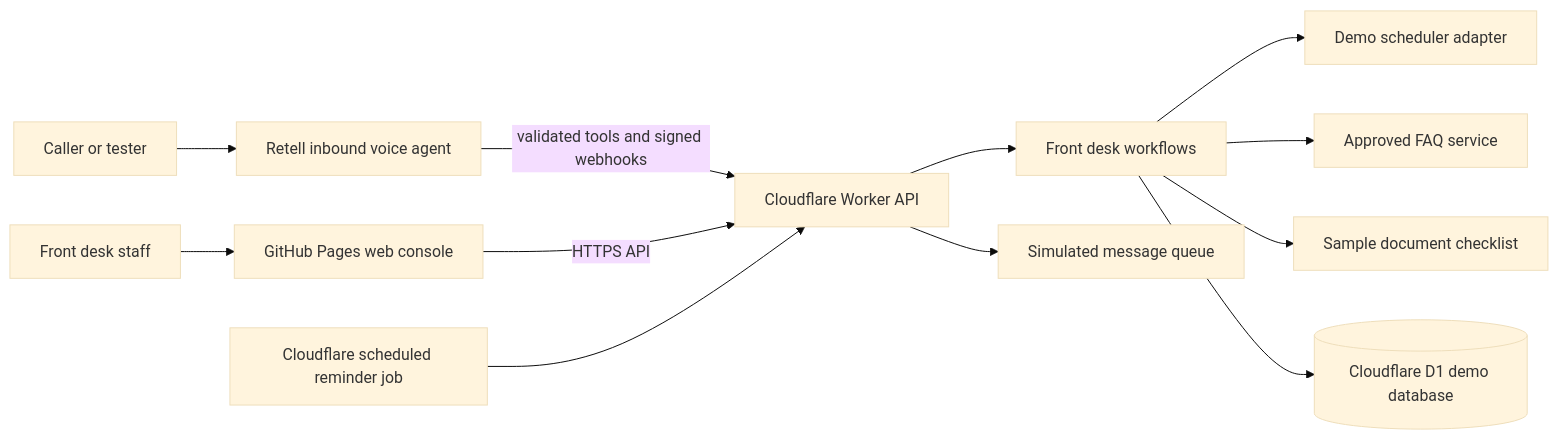
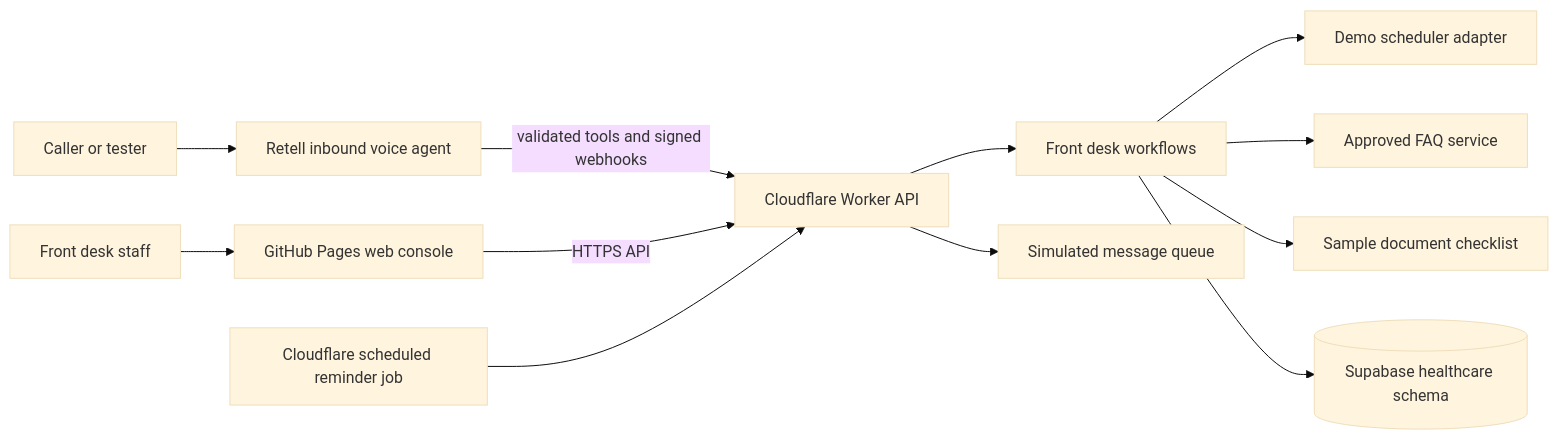
Before and after one commit to parshvak26/ai-healthcare-front-desk: the diagram in docs/ARCHITECTURE.md, drawn with Mermaid (base theme). The commit also changed other lines of this file and 13 other files, not shown here.

Commit message:
feat: align demo backend with Supabase

````diff
--- a/docs/ARCHITECTURE.md
+++ b/docs/ARCHITECTURE.md
@@ -24,14 +24,14 @@
 ```mermaid
 flowchart LR
   P[Caller or tester] --> TEL[Retell inbound voice agent]
   TEL -->|validated tools and signed webhooks| W[Cloudflare Worker API]
   UI[GitHub Pages web console] -->|HTTPS API| W
   CRON[Cloudflare scheduled reminder job] --> W
   W --> SVC[Front desk workflows]
   SVC --> SCH[Demo scheduler adapter]
   SVC --> FAQ[Approved FAQ service]
   SVC --> DOC[Sample document checklist]
-  SVC --> DB[(Cloudflare D1 demo database)]
+  SVC --> DB[(Supabase healthcare schema)]
   W --> MSG[Simulated message queue]
   STAFF[Front desk staff] --> UI
 ```
````
